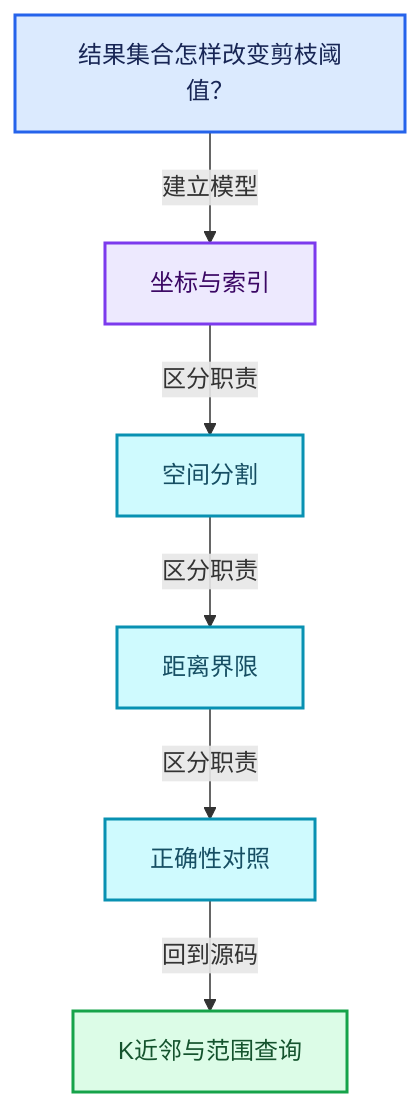
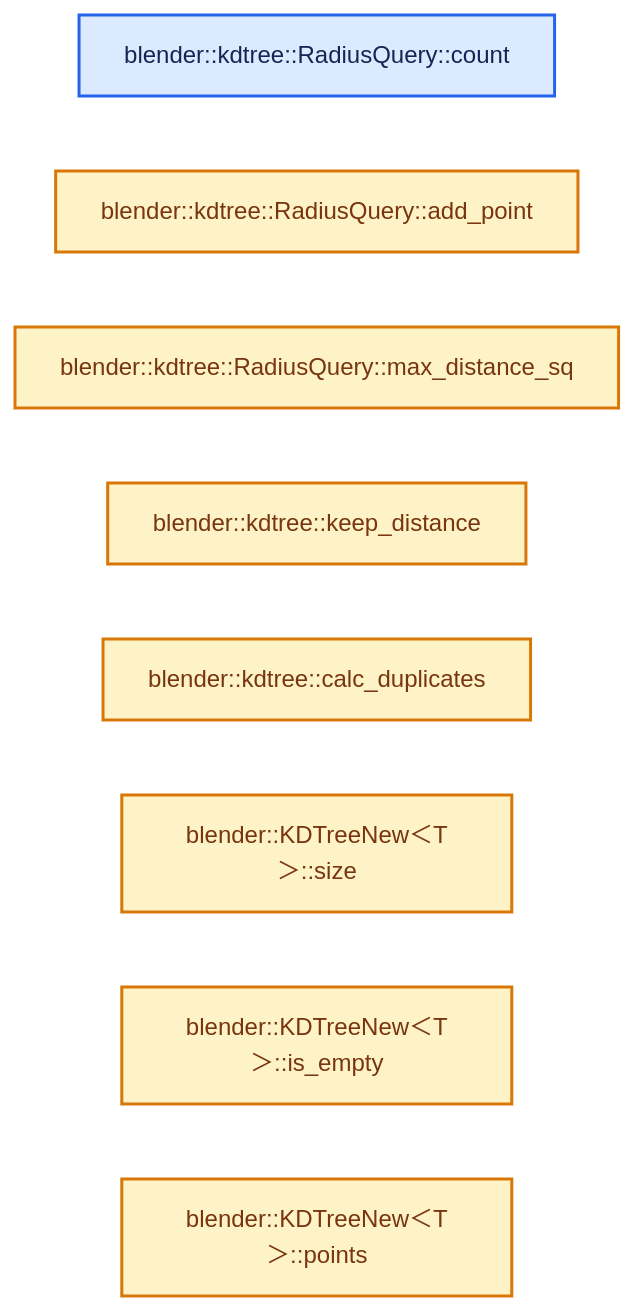
One commit to yunkezengren/blender-.vscode changed the second of 4 diagrams in 杂/markdown/全面学习-codex/12-空间数据结构与几何算法/05-K近邻与范围查询.md. Above: the diagram before and after it, drawn with Mermaid. The commit also changed other lines of this file and 1930 other files, not shown here.

````diff
--- a/杂/markdown/全面学习-codex/12-空间数据结构与几何算法/05-K近邻与范围查询.md
+++ b/杂/markdown/全面学习-codex/12-空间数据结构与几何算法/05-K近邻与范围查询.md
@@ -61,20 +46,17 @@
 ```mermaid
-flowchart TB
-  Q["结果集合怎样改变剪枝阈值？"]:::input
-  C0["坐标与索引"]:::abstraction
-  C1["空间分割"]:::data
-  C2["距离界限"]:::data
-  C3["正确性对照"]:::data
-  R["K近邻与范围查询"]:::result
-  Q -->|"建立模型"| C0
-  C0 -->|"区分职责"| C1
-  C1 -->|"区分职责"| C2
-  C2 -->|"区分职责"| C3
-  C3 -->|"回到源码"| R
+flowchart LR
+  F0["blender::kdtree::RadiusQuery::count"]:::input
+  F1["blender::kdtree::RadiusQuery::add_point"]:::compute
+  F2["blender::kdtree::RadiusQuery::max_distance_sq"]:::compute
+  F3["blender::kdtree::keep_distance"]:::compute
+  F4["blender::kdtree::calc_duplicates"]:::compute
+  F5["blender::KDTreeNew＜T＞::size"]:::compute
+  F6["blender::KDTreeNew＜T＞::is_empty"]:::compute
+  F7["blender::KDTreeNew＜T＞::points"]:::compute
   classDef input fill:#DBEAFE,stroke:#2563EB,color:#172554,stroke-width:2px;
   classDef data fill:#CFFAFE,stroke:#0891B2,color:#164E63,stroke-width:2px;
   classDef abstraction fill:#EDE9FE,stroke:#7C3AED,color:#3B0764,stroke-width:2px;
   classDef compute fill:#FEF3C7,stroke:#D97706,color:#78350F,stroke-width:2px;
   classDef result fill:#DCFCE7,stroke:#16A34A,color:#14532D,stroke-width:2px;
   classDef error fill:#FEE2E2,stroke:#DC2626,color:#7F1D1D,stroke-width:2px;
 ```
````
